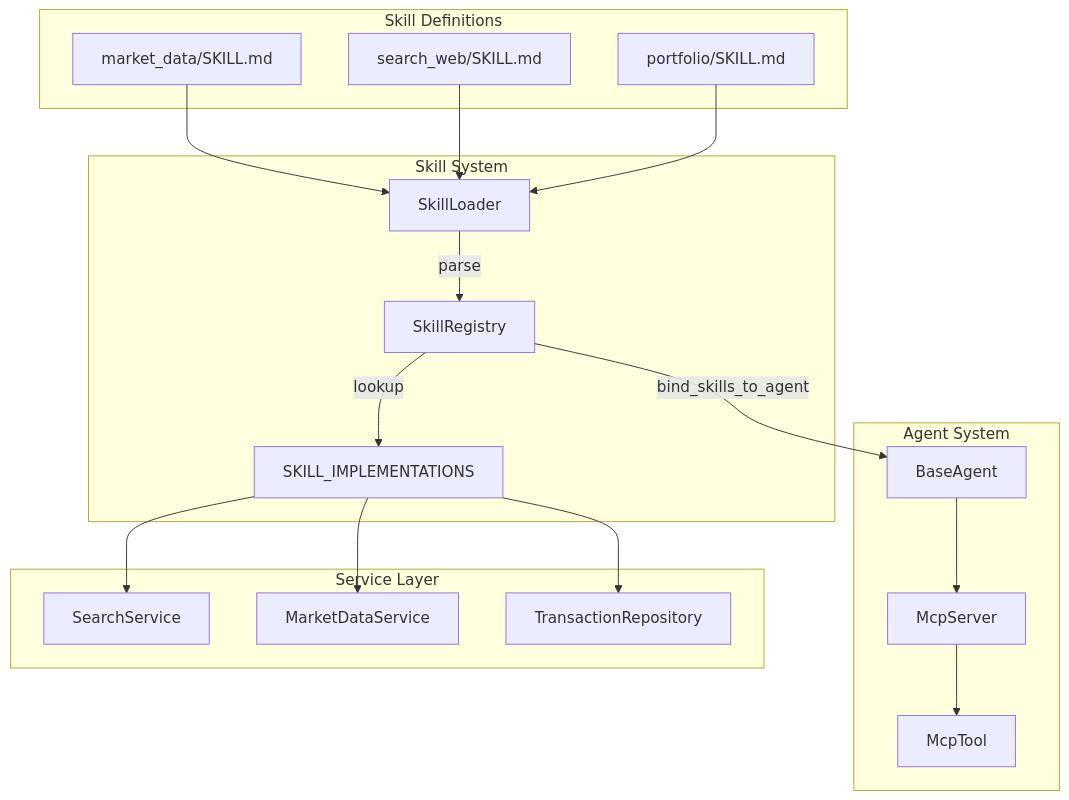
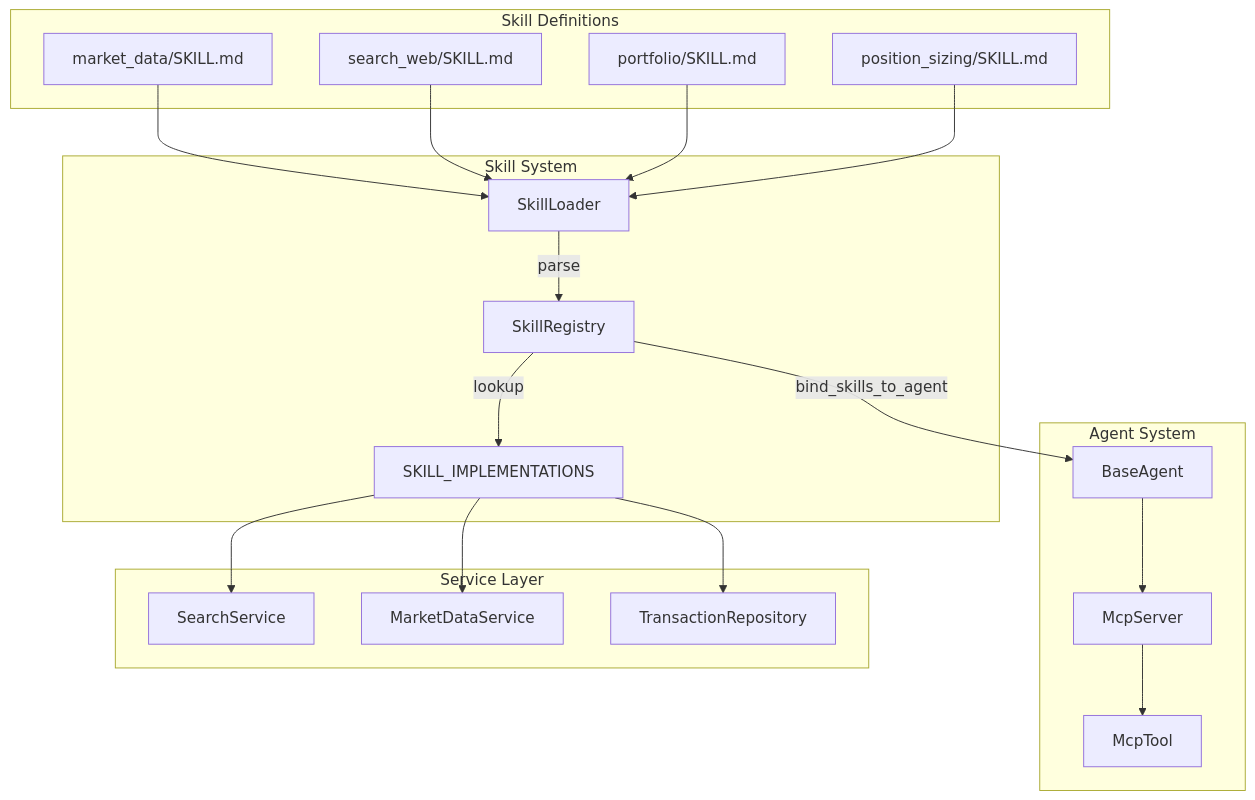
Before and after one commit to neohsiung/AI-Investment-Advisor: the first of 4 diagrams in wiki/04_架構觀點-Architect_Views/Agent技能系統-Agent-Skills-System.md, drawn with Mermaid. The commit also changed other lines of this file and 56 other files, not shown here.

````diff
--- a/wiki/04_架構觀點-Architect_Views/Agent技能系統-Agent-Skills-System.md
+++ b/wiki/04_架構觀點-Architect_Views/Agent技能系統-Agent-Skills-System.md
@@ -31,38 +34,40 @@
 ```mermaid
 graph TB
     subgraph Skill Definitions
         SM1[market_data/SKILL.md]
         SM2[search_web/SKILL.md]
         SM3[portfolio/SKILL.md]
+        SM4[position_sizing/SKILL.md]
     end
 
     subgraph Skill System
         SL[SkillLoader]
         SR[SkillRegistry]
         SI[SKILL_IMPLEMENTATIONS]
     end
 
     subgraph Agent System
         BA[BaseAgent]
         MCP[McpServer]
         MT[McpTool]
     end
 
     subgraph Service Layer
         SS[SearchService]
         MDS[MarketDataService]
         TR[TransactionRepository]
     end
 
     SM1 --> SL
     SM2 --> SL
     SM3 --> SL
+    SM4 --> SL
     SL -->|parse| SR
     SR -->|lookup| SI
     SI --> SS
     SI --> MDS
     SI --> TR
     SR -->|bind_skills_to_agent| BA
     BA --> MCP
     MCP --> MT
 ```
````
